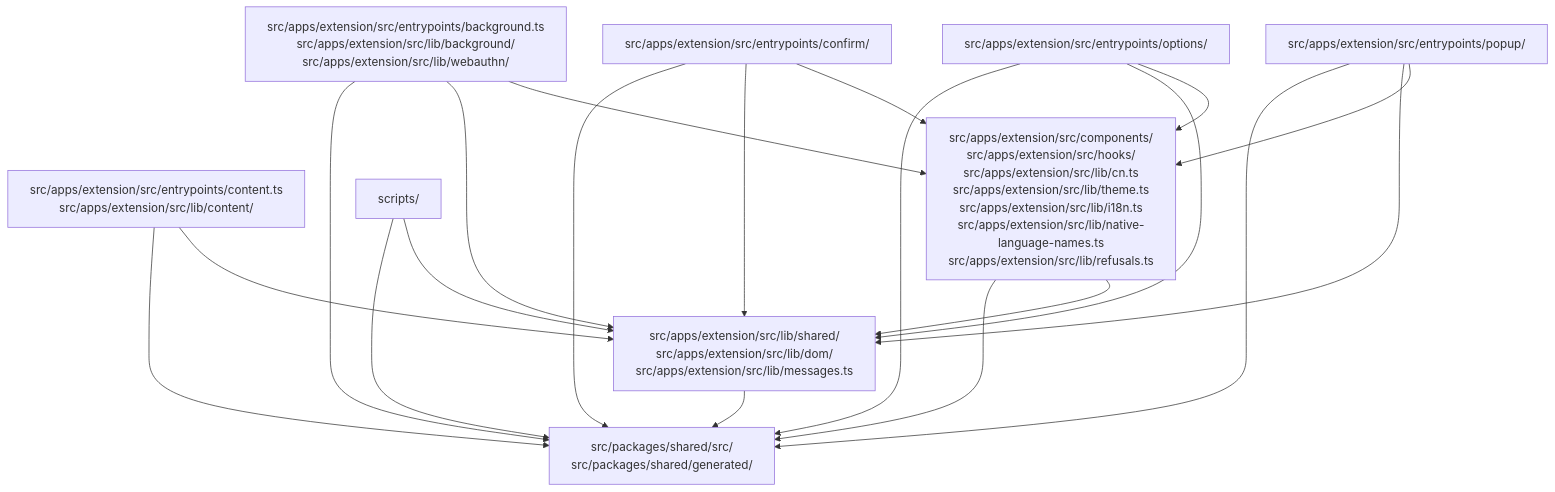
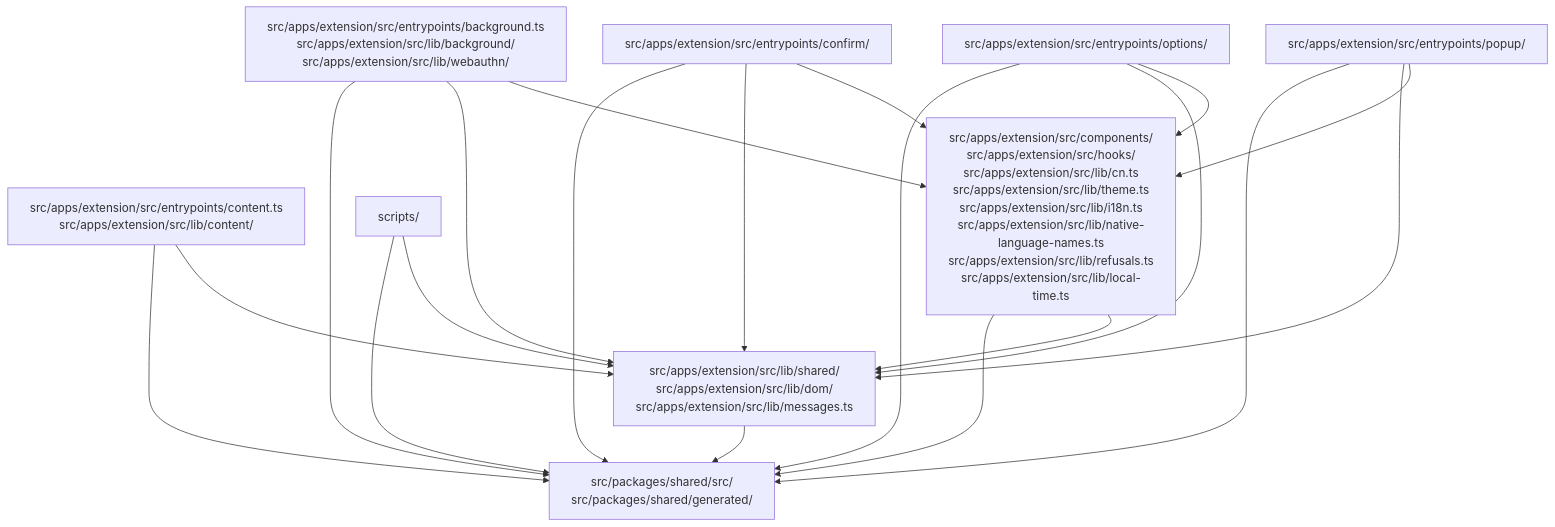
Before and after one commit to Vivswan/chromium-bridge: the seventh of 7 diagrams in docs/architecture.md, drawn with Mermaid. The commit also changed other lines of this file and 80 other files, not shown here.

````diff
--- a/docs/architecture.md
+++ b/docs/architecture.md
@@ -613,31 +622,31 @@
 ```mermaid
 graph TD
   shared["src/packages/shared/src/<br>src/packages/shared/generated/"]
   extension_background["src/apps/extension/src/entrypoints/background.ts<br>src/apps/extension/src/lib/background/<br>src/apps/extension/src/lib/webauthn/"]
   extension_content["src/apps/extension/src/entrypoints/content.ts<br>src/apps/extension/src/lib/content/"]
   extension_confirm["src/apps/extension/src/entrypoints/confirm/"]
   extension_options["src/apps/extension/src/entrypoints/options/"]
   extension_popup["src/apps/extension/src/entrypoints/popup/"]
-  extension_ui["src/apps/extension/src/components/<br>src/apps/extension/src/hooks/<br>src/apps/extension/src/lib/cn.ts<br>src/apps/extension/src/lib/theme.ts<br>src/apps/extension/src/lib/i18n.ts<br>src/apps/extension/src/lib/native-language-names.ts<br>src/apps/extension/src/lib/refusals.ts"]
+  extension_ui["src/apps/extension/src/components/<br>src/apps/extension/src/hooks/<br>src/apps/extension/src/lib/cn.ts<br>src/apps/extension/src/lib/theme.ts<br>src/apps/extension/src/lib/i18n.ts<br>src/apps/extension/src/lib/native-language-names.ts<br>src/apps/extension/src/lib/refusals.ts<br>src/apps/extension/src/lib/local-time.ts"]
   extension_lib["src/apps/extension/src/lib/shared/<br>src/apps/extension/src/lib/dom/<br>src/apps/extension/src/lib/messages.ts"]
   scripts["scripts/"]
   extension_background --> shared
   extension_background --> extension_lib
   extension_background --> extension_ui
   extension_content --> shared
   extension_content --> extension_lib
   extension_confirm --> shared
   extension_confirm --> extension_lib
   extension_confirm --> extension_ui
   extension_options --> shared
   extension_options --> extension_lib
   extension_options --> extension_ui
   extension_popup --> shared
   extension_popup --> extension_lib
   extension_popup --> extension_ui
   extension_ui --> shared
   extension_ui --> extension_lib
   extension_lib --> shared
   scripts --> shared
   scripts --> extension_lib
 ```
````
